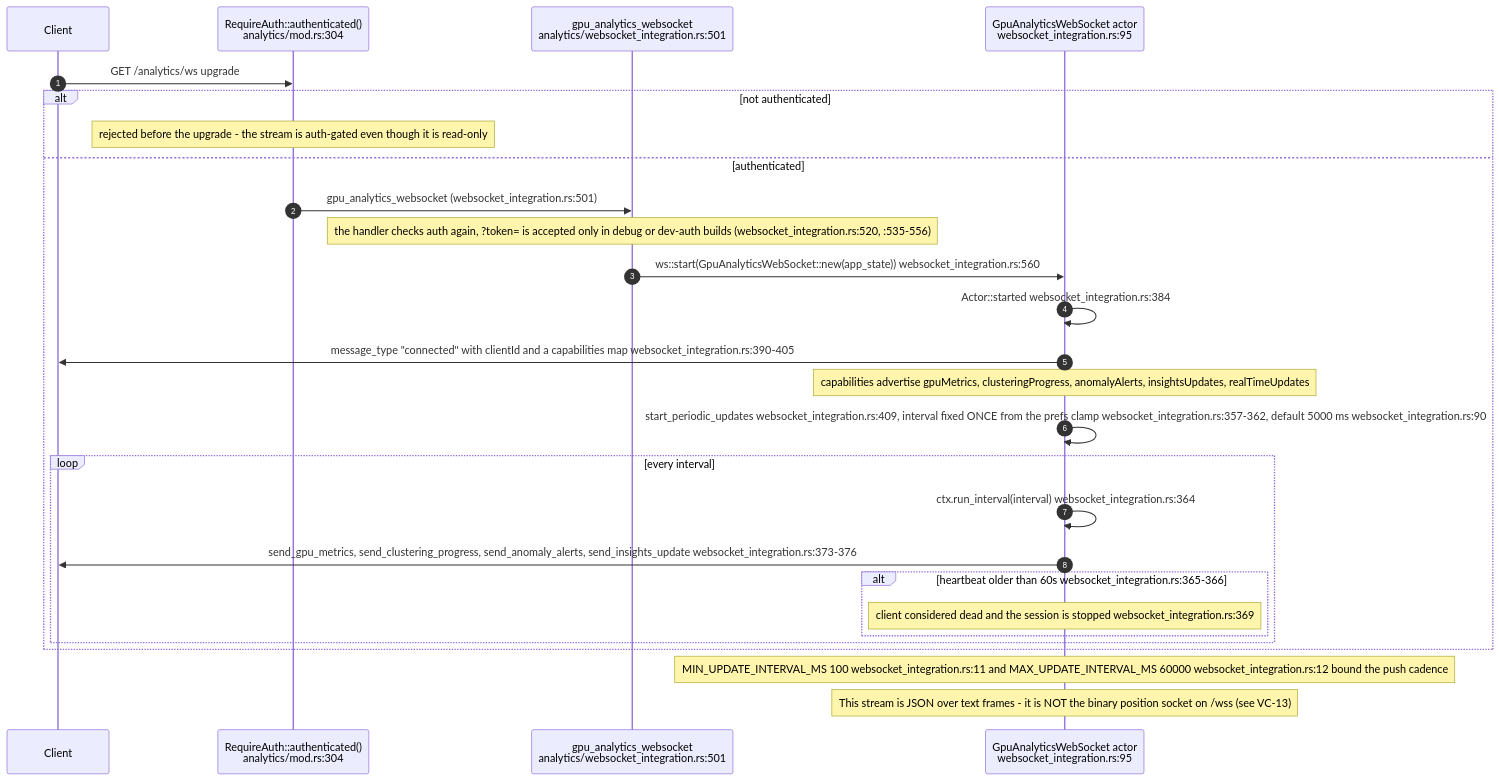
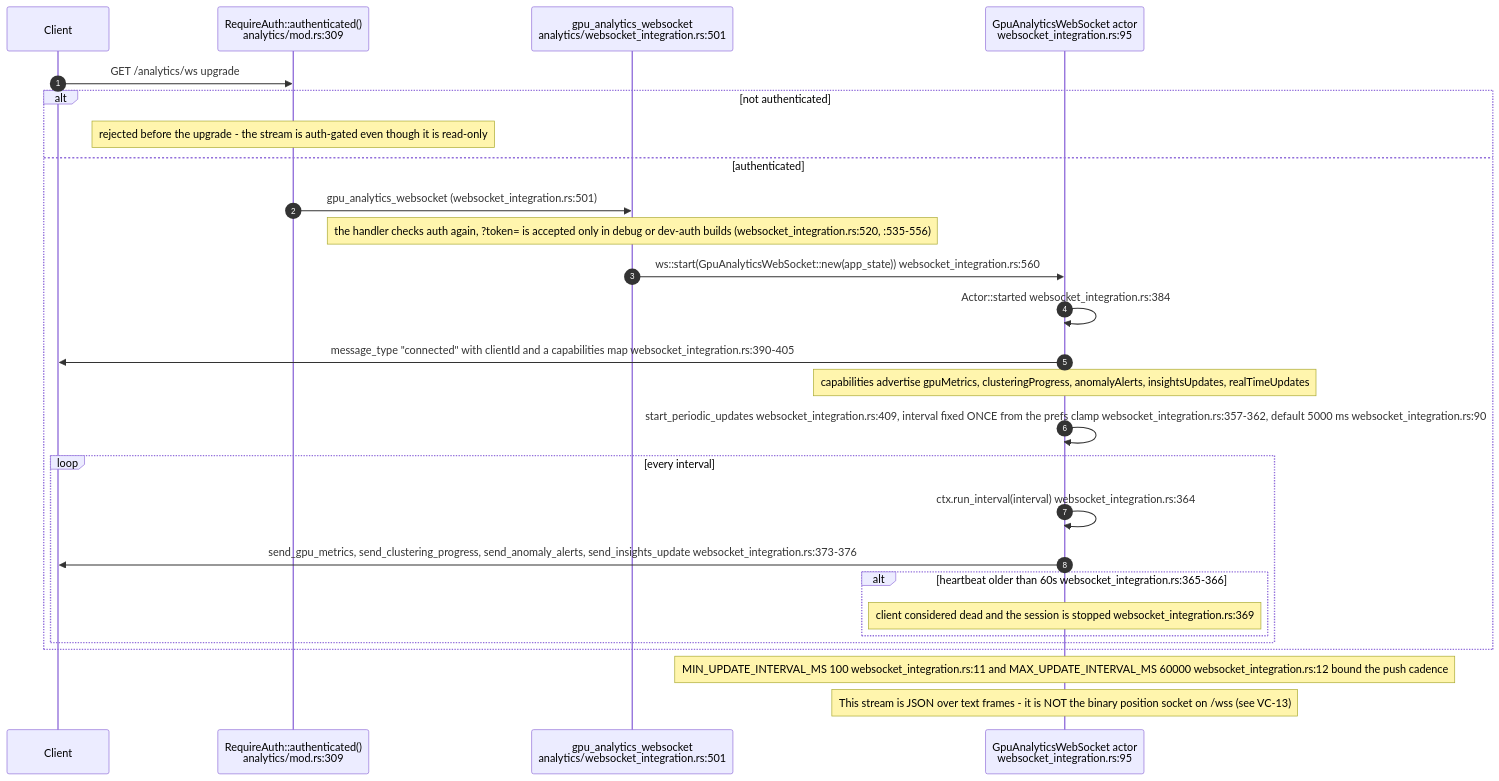
The seventh of 10 diagrams in docs/diagrams/visionclaw/18-analytics-support-handlers.md (DreamLab-AI/VisionFlow), drawn with Mermaid before and after one commit. The commit also changed other lines of this file and 7 other files, not shown here.

````diff
--- a/docs/diagrams/visionclaw/18-analytics-support-handlers.md
+++ b/docs/diagrams/visionclaw/18-analytics-support-handlers.md
@@ -278,30 +279,30 @@
 ```mermaid
 sequenceDiagram
     autonumber
     participant C as Client
-    participant RT as RequireAuth::authenticated()<br/>analytics/mod.rs:304
+    participant RT as RequireAuth::authenticated()<br/>analytics/mod.rs:309
     participant WSH as gpu_analytics_websocket<br/>analytics/websocket_integration.rs:501
     participant A as GpuAnalyticsWebSocket actor<br/>websocket_integration.rs:95
 
     C->>RT: GET /analytics/ws upgrade
     alt not authenticated
         Note over RT: rejected before the upgrade - the stream is auth-gated even though it is read-only
     else authenticated
         RT->>WSH: gpu_analytics_websocket (websocket_integration.rs:501)
         Note over WSH: the handler checks auth again, ?token= is accepted only in debug or dev-auth builds (websocket_integration.rs:520, :535-556)
         WSH->>A: ws::start(GpuAnalyticsWebSocket::new(app_state)) websocket_integration.rs:560
         A->>A: Actor::started websocket_integration.rs:384
         A->>C: message_type "connected" with clientId and a capabilities map websocket_integration.rs:390-405
         Note over A: capabilities advertise gpuMetrics, clusteringProgress, anomalyAlerts, insightsUpdates, realTimeUpdates
         A->>A: start_periodic_updates websocket_integration.rs:409, interval fixed ONCE from the prefs clamp websocket_integration.rs:357-362, default 5000 ms websocket_integration.rs:90
         loop every interval
             A->>A: ctx.run_interval(interval) websocket_integration.rs:364
             A->>C: send_gpu_metrics, send_clustering_progress, send_anomaly_alerts, send_insights_update websocket_integration.rs:373-376
             alt heartbeat older than 60s websocket_integration.rs:365-366
                 Note over A: client considered dead and the session is stopped websocket_integration.rs:369
             end
         end
     end
     Note over A: MIN_UPDATE_INTERVAL_MS 100 websocket_integration.rs:11 and MAX_UPDATE_INTERVAL_MS 60000 websocket_integration.rs:12 bound the push cadence
     Note over A: This stream is JSON over text frames - it is NOT the binary position socket on /wss (see VC-13)
 ```
````
